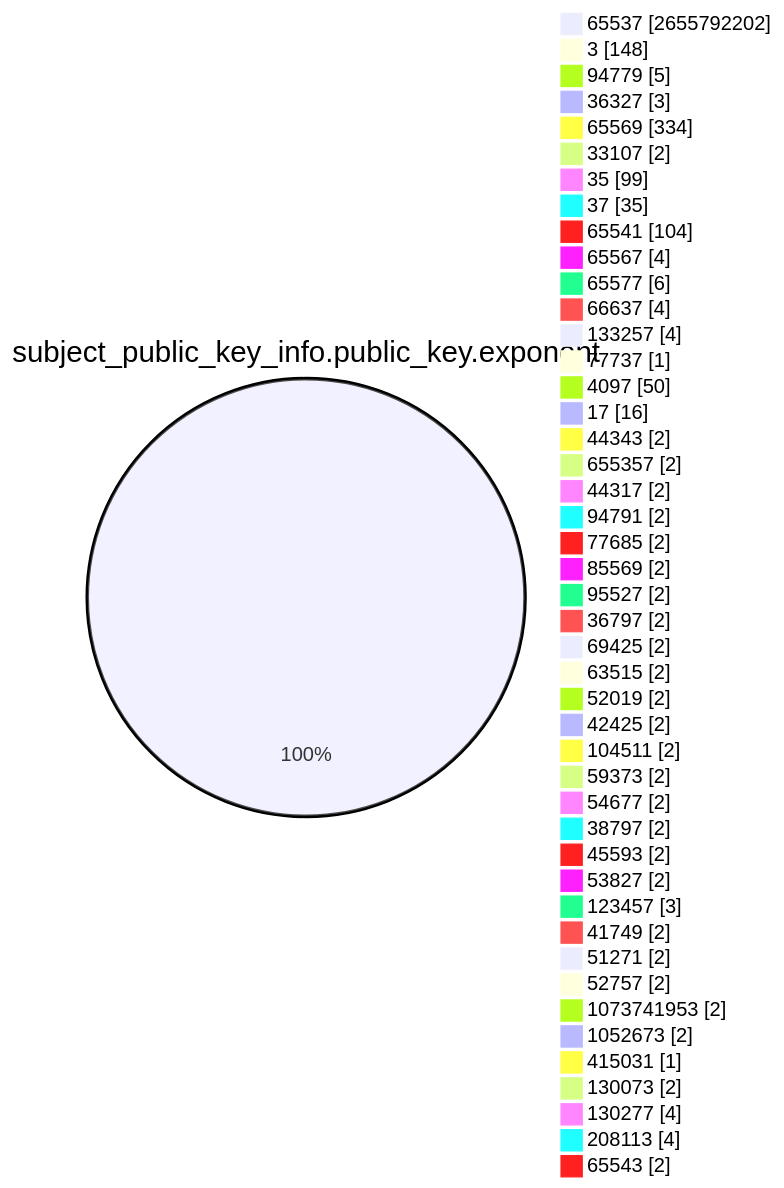
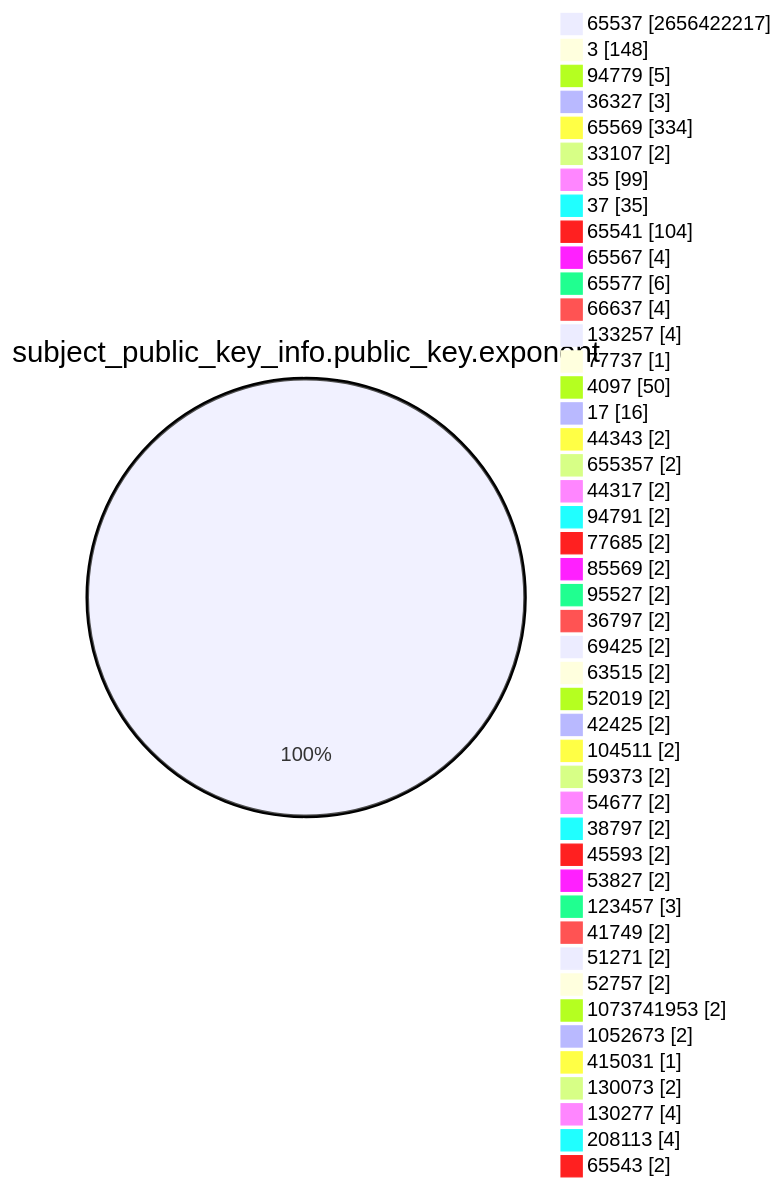
One commit to christiankrug/ctmonitor_visualization changed the fourth of 15 diagrams in TOTAL/README.md. Above: the diagram before and after it, drawn with Mermaid. The commit also changed other lines of this file, not shown here.

````diff
--- a/TOTAL/README.md
+++ b/TOTAL/README.md
@@ -1466,49 +1466,49 @@
 ```mermaid
 pie showData
 title subject_public_key_info.public_key.exponent
-"65537" :2655792202
+"65537" :2656422217
 "3" :148
 "94779" :5
 "36327" :3
 "65569" :334
 "33107" :2
 "35" :99
 "37" :35
 "65541" :104
 "65567" :4
 "65577" :6
 "66637" :4
 "133257" :4
 "77737" :1
 "4097" :50
 "17" :16
 "44343" :2
 "655357" :2
 "44317" :2
 "94791" :2
 "77685" :2
 "85569" :2
 "95527" :2
 "36797" :2
 "69425" :2
 "63515" :2
 "52019" :2
 "42425" :2
 "104511" :2
 "59373" :2
 "54677" :2
 "38797" :2
 "45593" :2
 "53827" :2
 "123457" :3
 "41749" :2
 "51271" :2
 "52757" :2
 "1073741953" :2
 "1052673" :2
 "415031" :1
 "130073" :2
 "130277" :4
 "208113" :4
 "65543" :2
 ```
````
